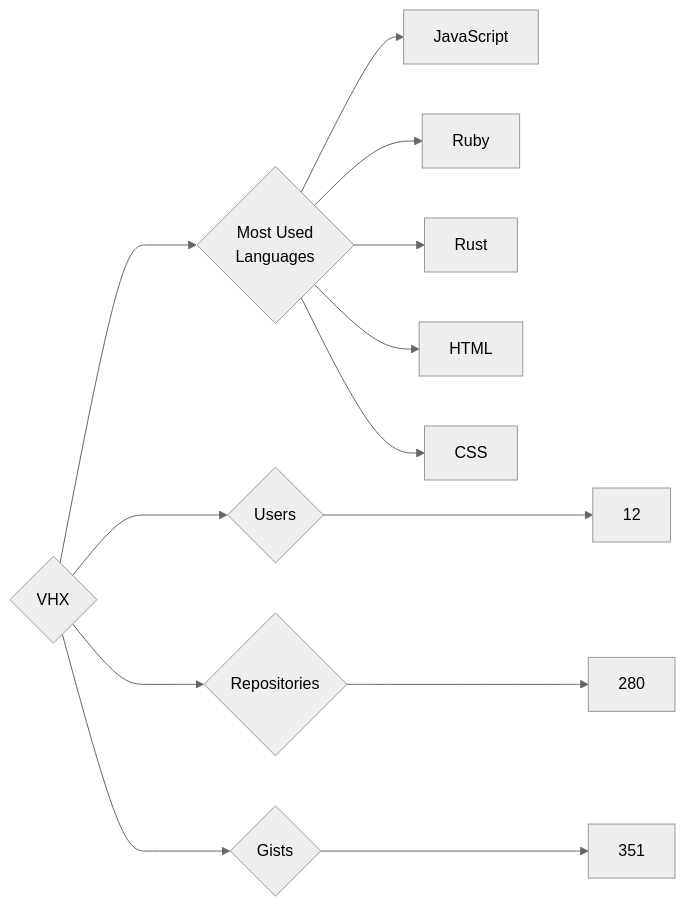
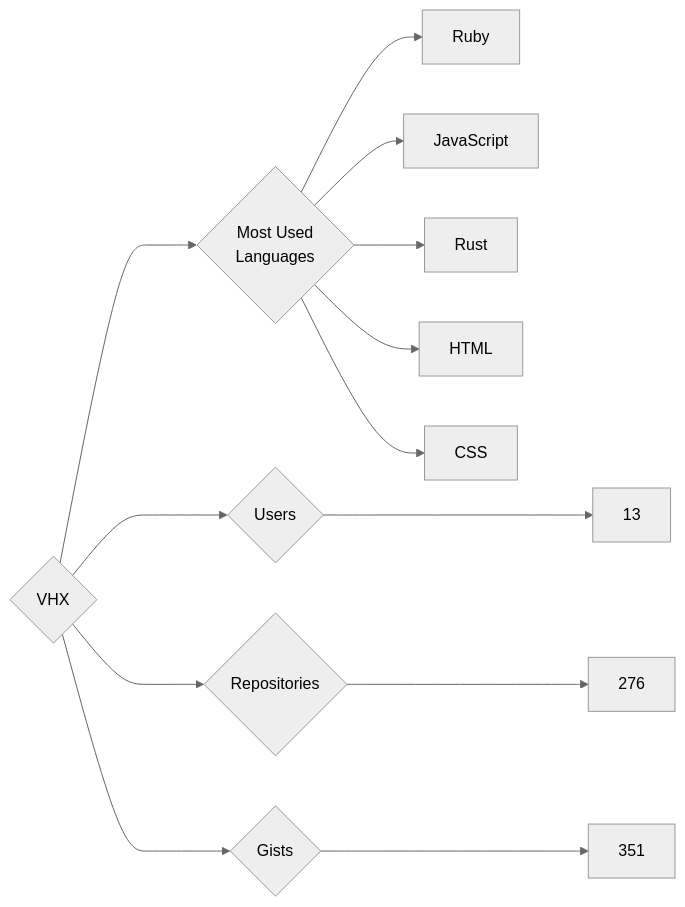
Before and after one commit to trickest/insiders: the diagram in targets/VHX/README.md, drawn with Mermaid (neutral theme). The commit also changed 1248 other files, not shown here.

````diff
--- a/targets/VHX/README.md
+++ b/targets/VHX/README.md
@@ -3,13 +3,13 @@
 ```mermaid
 graph LR
 COMPANY_NAME{VHX}
-COMPANY_NAME ---> U{Users} ---> UN[12]
-COMPANY_NAME ---> R{Repositories} ---> RN[280]
+COMPANY_NAME ---> U{Users} ---> UN[13]
+COMPANY_NAME ---> R{Repositories} ---> RN[276]
 COMPANY_NAME ---> G{Gists} ---> GN[351]
 COMPANY_NAME ---> ML{Most Used<br>Languages}
+ML --> Ruby[Ruby]
 ML --> JavaScript[JavaScript]
-ML --> Ruby[Ruby]
 ML --> Rust[Rust]
 ML --> HTML[HTML]
 ML --> CSS[CSS]
 ```
````
